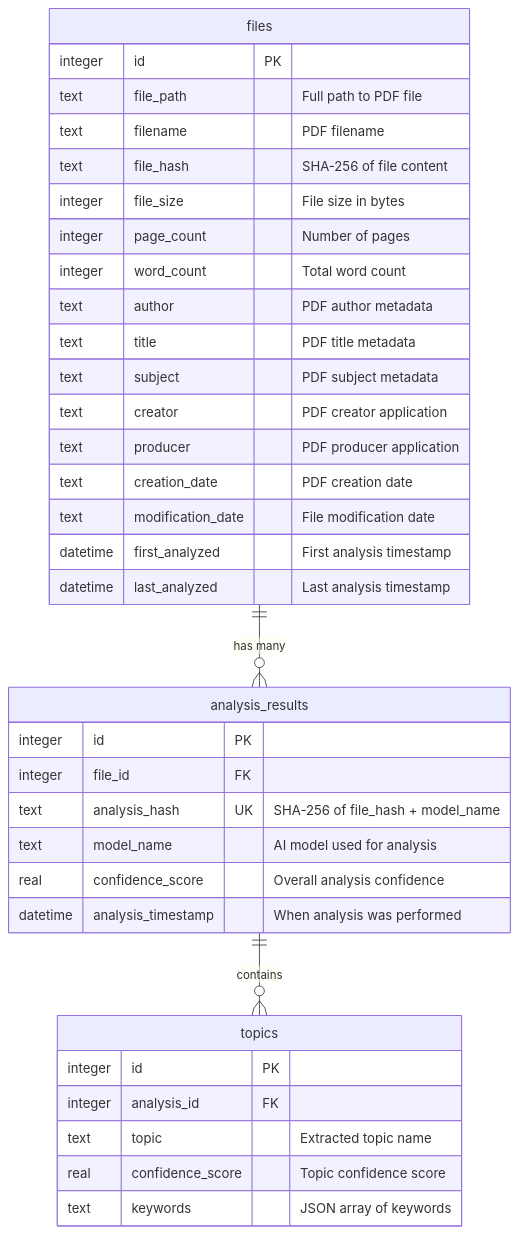
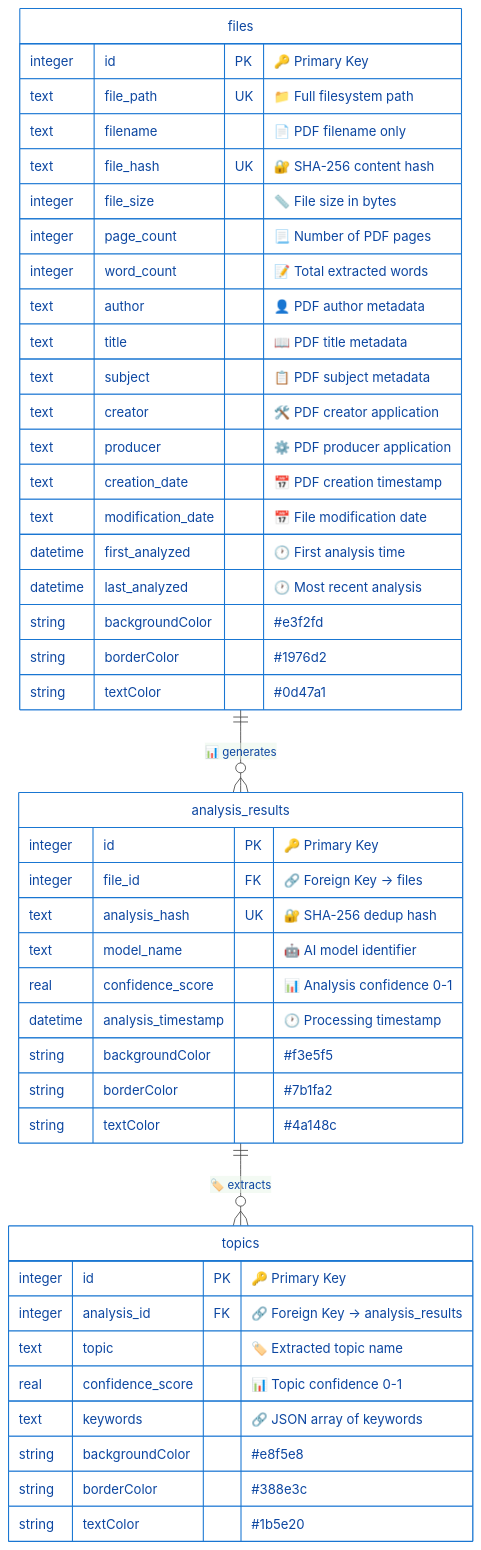
Before and after one commit to JoJoDataPhysics/lit_DB: the first of 3 diagrams in db_schema.md, drawn with Mermaid. The commit also changed other lines of this file, not shown here.

First line of the commit message:
Transform database schema documentation with fancy styling

````diff
--- a/db_schema.md
+++ b/db_schema.md
@@ -9,41 +18,77 @@
 ```mermaid
+%%{init: {
+  "theme": "base",
+  "themeVariables": {
+    "primaryColor": "#e3f2fd",
+    "primaryTextColor": "#0d47a1",
+    "primaryBorderColor": "#1976d2",
+    "lineColor": "#424242",
+    "secondaryColor": "#f3e5f5",
+    "tertiaryColor": "#e8f5e8",
+    "background": "#ffffff",
+    "mainBkg": "#ffffff",
+    "secondBkg": "#f5f5f5"
+  }
+}}%%
+
 erDiagram
-    files ||--o{ analysis_results : "has many"
-    analysis_results ||--o{ topics : "contains"
-    
+    %% Entity Definitions with Enhanced Styling
     files {
-        integer id PK
-        text file_path "Full path to PDF file"
-        text filename "PDF filename"
-        text file_hash "SHA-256 of file content"
-        integer file_size "File size in bytes"
-        integer page_count "Number of pages"
-        integer word_count "Total word count"
-        text author "PDF author metadata"
-        text title "PDF title metadata"
-        text subject "PDF subject metadata"
-        text creator "PDF creator application"
-        text producer "PDF producer application"
-        text creation_date "PDF creation date"
-        text modification_date "File modification date"
-        datetime first_analyzed "First analysis timestamp"
-        datetime last_analyzed "Last analysis timestamp"
+        integer id PK "🔑 Primary Key"
+        text file_path UK "📁 Full filesystem path"
+        text filename "📄 PDF filename only"
+        text file_hash UK "🔐 SHA-256 content hash"
+        integer file_size "📏 File size in bytes"
+        integer page_count "📃 Number of PDF pages"
+        integer word_count "📝 Total extracted words"
+        text author "👤 PDF author metadata"
+        text title "📖 PDF title metadata"
+        text subject "📋 PDF subject metadata"
+        text creator "🛠️ PDF creator application"
+        text producer "⚙️ PDF producer application"
+        text creation_date "📅 PDF creation timestamp"
+        text modification_date "📅 File modification date"
+        datetime first_analyzed "🕐 First analysis time"
+        datetime last_analyzed "🕐 Most recent analysis"
     }
     
     analysis_results {
-        integer id PK
-        integer file_id FK
-        text analysis_hash UK "SHA-256 of file_hash + model_name"
-        text model_name "AI model used for analysis"
-        real confidence_score "Overall analysis confidence"
-        datetime analysis_timestamp "When analysis was performed"
+        integer id PK "🔑 Primary Key"
+        integer file_id FK "🔗 Foreign Key → files"
+        text analysis_hash UK "🔐 SHA-256 dedup hash"
+        text model_name "🤖 AI model identifier"
+        real confidence_score "📊 Analysis confidence 0-1"
+        datetime analysis_timestamp "🕐 Processing timestamp"
     }
     
     topics {
-        integer id PK
-        integer analysis_id FK
-        text topic "Extracted topic name"
-        real confidence_score "Topic confidence score"
-        text keywords "JSON array of keywords"
+        integer id PK "🔑 Primary Key"
+        integer analysis_id FK "🔗 Foreign Key → analysis_results"
+        text topic "🏷️ Extracted topic name"
+        real confidence_score "📊 Topic confidence 0-1"
+        text keywords "🔗 JSON array of keywords"
+    }
+    
+    %% Relationships with Enhanced Labels
+    files ||--o{ analysis_results : "📊 generates"
+    analysis_results ||--o{ topics : "🏷️ extracts"
+    
+    %% Enhanced Styling Classes
+    files {
+        string backgroundColor "#e3f2fd"
+        string borderColor "#1976d2"
+        string textColor "#0d47a1"
+    }
+    
+    analysis_results {
+        string backgroundColor "#f3e5f5"
+        string borderColor "#7b1fa2"
+        string textColor "#4a148c"
+    }
+    
+    topics {
+        string backgroundColor "#e8f5e8"
+        string borderColor "#388e3c"
+        string textColor "#1b5e20"
     }
 ```
````
